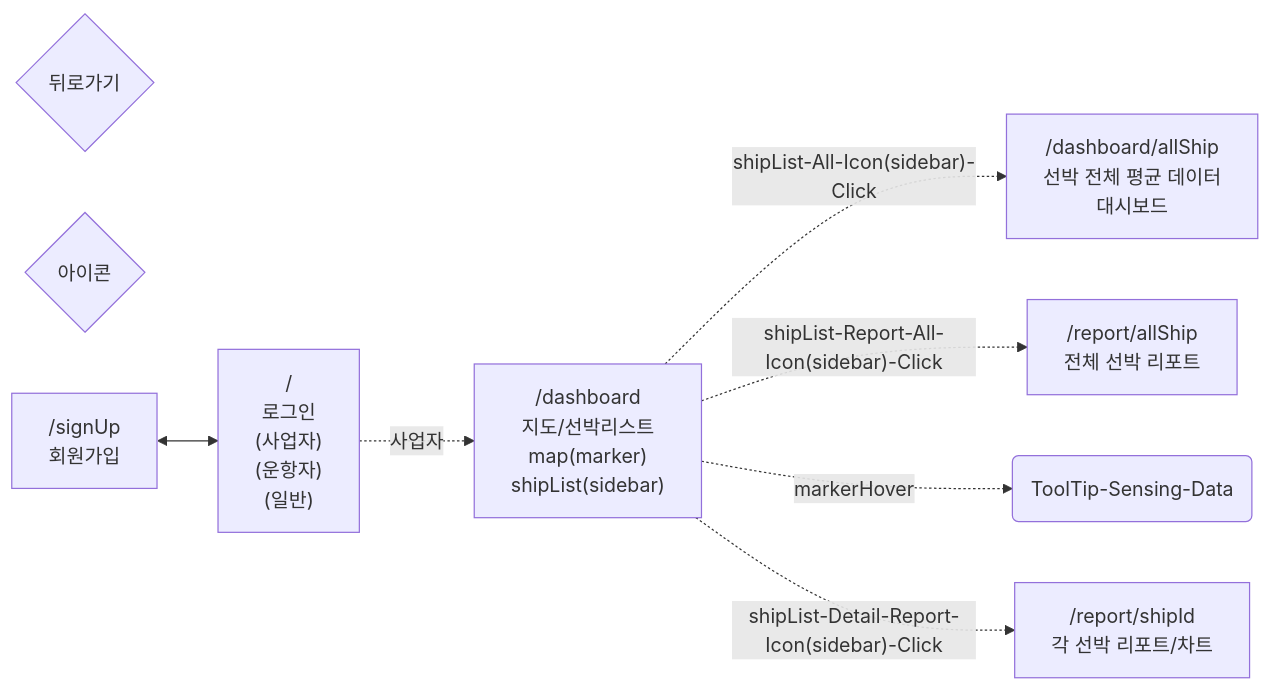
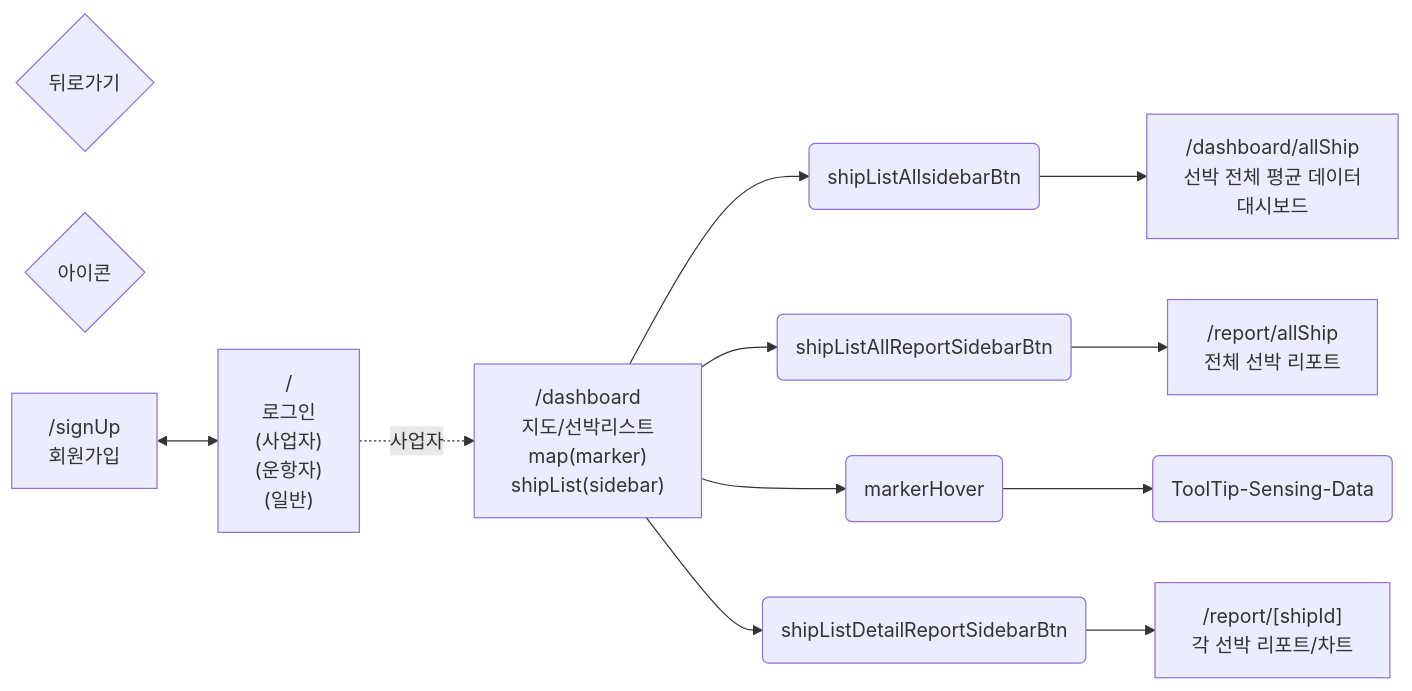
Before and after one commit to SAHA-YJB/IoT-page-flow: the diagram in ioTUserFlow.md, drawn with Mermaid.

Commit message:
dashboard flow

````diff
--- a/ioTUserFlow.md
+++ b/ioTUserFlow.md
@@ -3,37 +3,41 @@
 ```mermaid
 flowchart LR
    뒤로가기{뒤로가기}
    아이콘{아이콘}
+   shipListAllBtn(shipListAllsidebarBtn)
+   shipListAllReportBtn(shipListAllReportSidebarBtn)
+   shipListDetailReportBtn(shipListDetailReportSidebarBtn)
+   markerHover(markerHover)
 
    회원가입["`/signUp
    회원가입`"]
 
    통합로그인["`/
    로그인
    (사업자)
    (운항자)
    (일반)`"]
 
    사업자["`/dashboard
    지도/선박리스트
    map(marker)
    shipList(sidebar)
    `"]
 
    대시보드["`/dashboard/allShip
    선박 전체 평균 데이터
    대시보드`"]
 
    전체리포트["`/report/allShip
    전체 선박 리포트`"]
 
-   각선박리포트차트["`/report/shipId
+   각선박리포트차트["`/report/[shipId]
    각 선박 리포트/차트`"]
 
    회원가입 <--> 통합로그인
    통합로그인-. 사업자 .-> 사업자
-   사업자-. shipList-All-Icon(sidebar)-Click .-> 대시보드
-   사업자-. shipList-Report-All-Icon(sidebar)-Click .-> 전체리포트
-   사업자-. markerHover .-> 툴팁(ToolTip-Sensing-Data)
-   사업자-. shipList-Detail-Report-Icon(sidebar)-Click .-> 각선박리포트차트
+   사업자 --> shipListAllBtn --> 대시보드
+   사업자 --> shipListAllReportBtn --> 전체리포트
+   사업자--> markerHover --> 툴팁(ToolTip-Sensing-Data)
+   사업자--> shipListDetailReportBtn --> 각선박리포트차트
 ```
````
